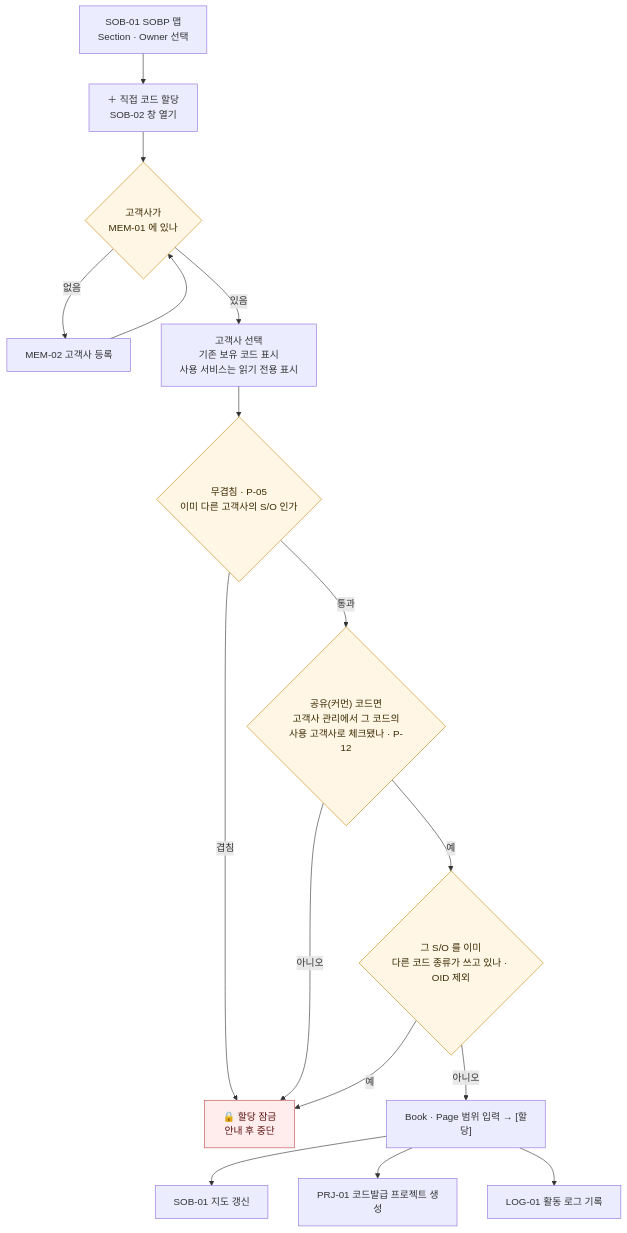
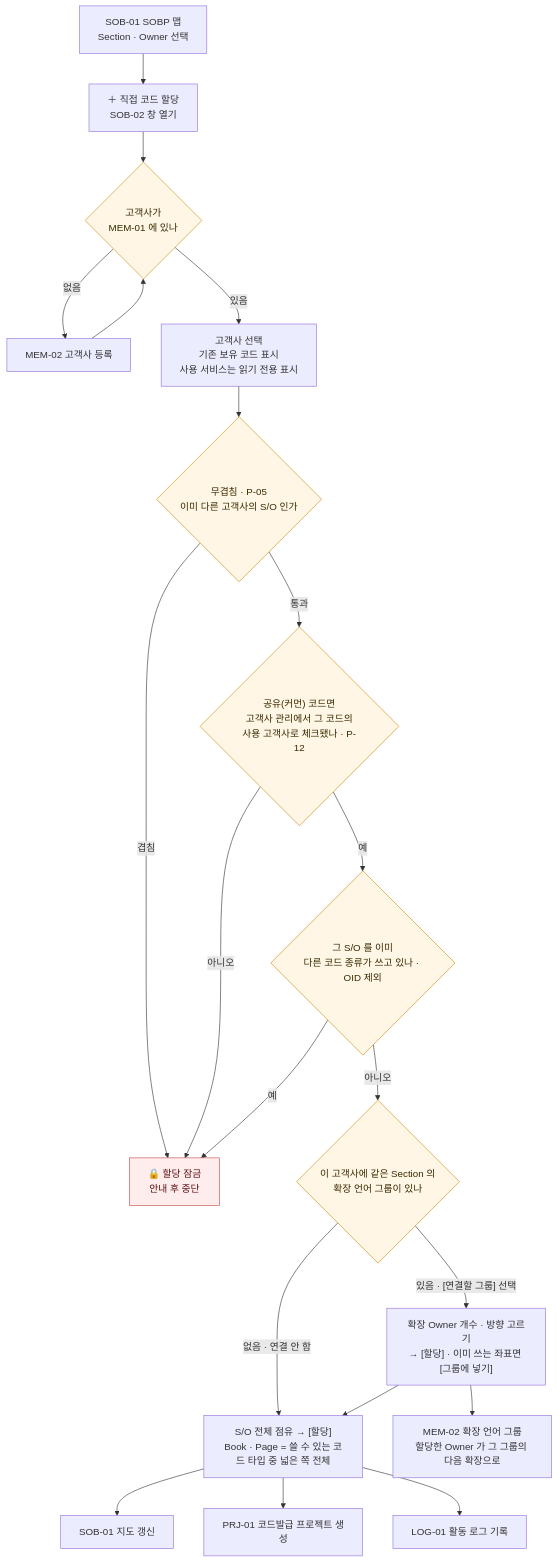
The second of 6 diagrams in docs/NcodeCenter-Flow.md (sjkim-create/NcodeCenter), drawn with Mermaid before and after one commit. The commit also changed other lines of this file and 3 other files, not shown here.

````diff
--- a/docs/NcodeCenter-Flow.md
+++ b/docs/NcodeCenter-Flow.md
@@ -61,24 +66,28 @@
 ```mermaid
 flowchart TD
     A["SOB-01 SOBP 맵<br/>Section · Owner 선택"] --> B["＋ 직접 코드 할당<br/>SOB-02 창 열기"]
     B --> C{"고객사가<br/>MEM-01 에 있나"}
     C -- 없음 --> C1["MEM-02 고객사 등록"] --> C
     C -- 있음 --> D["고객사 선택<br/>기존 보유 코드 표시<br/>사용 서비스는 읽기 전용 표시"]
 
     D --> G1{"무겹침 · P-05<br/>이미 다른 고객사의 S/O 인가"}
     G1 -- 겹침 --> X["🔒 할당 잠금<br/>안내 후 중단"]
     G1 -- 통과 --> G2{"공유(커먼) 코드면<br/>고객사 관리에서 그 코드의<br/>사용 고객사로 체크됐나 · P-12"}
     G2 -- 아니오 --> X
     G2 -- 예 --> G3{"그 S/O 를 이미<br/>다른 코드 종류가 쓰고 있나 · OID 제외"}
     G3 -- 예 --> X
-    G3 -- 아니오 --> E["Book · Page 범위 입력 → [할당]"]
+    G3 -- 아니오 --> G4{"이 고객사에 같은 Section 의<br/>확장 언어 그룹이 있나"}
+    G4 -- "없음 · 연결 안 함" --> E["S/O 전체 점유 → [할당]<br/>Book · Page = 쓸 수 있는 코드 타입 중 넓은 쪽 전체"]
+    G4 -- "있음 · [연결할 그룹] 선택" --> EX["확장 Owner 개수 · 방향 고르기<br/>→ [할당] · 이미 쓰는 좌표면 [그룹에 넣기]"]
+    EX --> E
+    EX --> R4["MEM-02 확장 언어 그룹<br/>할당한 Owner 가 그 그룹의 다음 확장으로"]
 
     E --> R1["SOB-01 지도 갱신"]
     E --> R2["PRJ-01 코드발급 프로젝트 생성"]
     E --> R3["LOG-01 활동 로그 기록"]
 
     classDef gate fill:#fff6e5,stroke:#c98a12,color:#3a2a00;
     classDef stop fill:#ffecec,stroke:#c04a4a,color:#5a1010;
-    class G1,G2,G3,C gate;
+    class G1,G2,G3,G4,C gate;
     class X stop;
 ```
````
